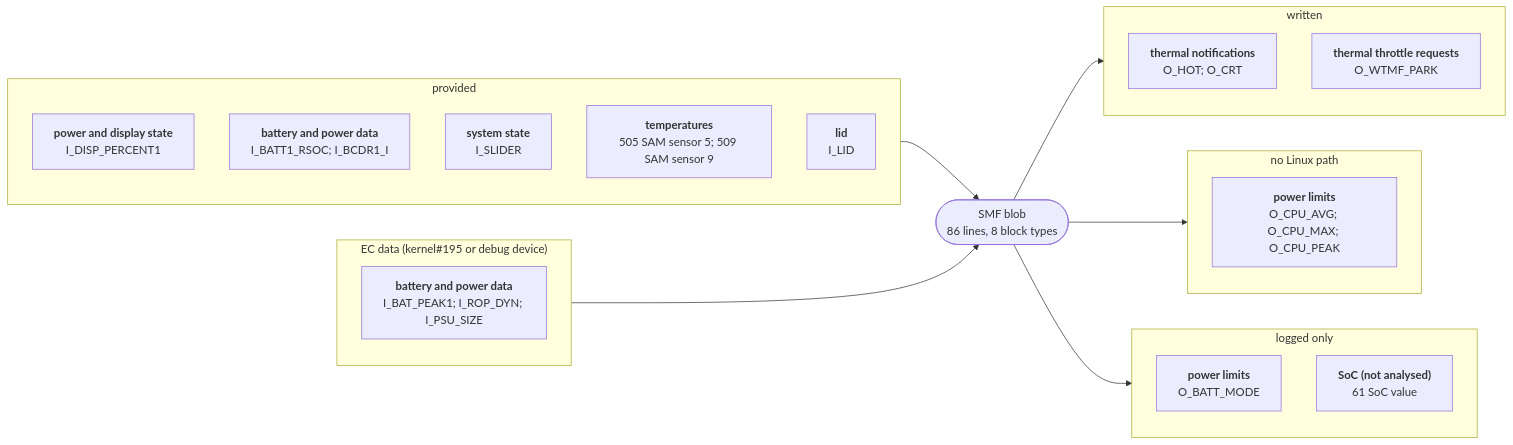
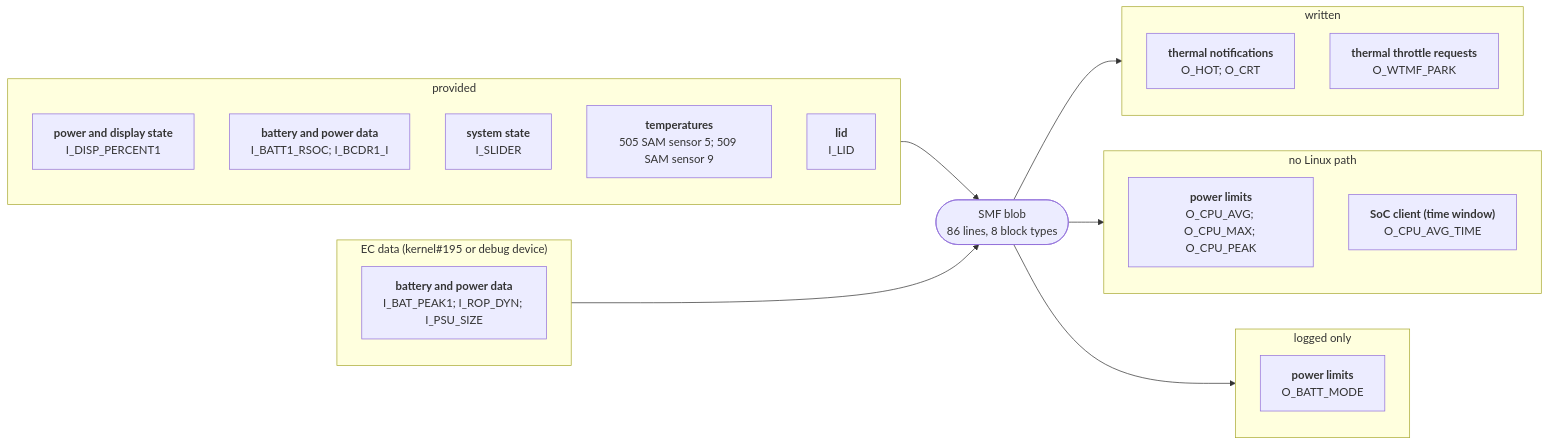
The diagram in docs/devices/surface-laptop-4-amd.md (larsschellhas/linux-surface-power), drawn with Mermaid before and after one commit. The commit also changed other lines of this file and 42 other files, not shown here.

First line of the commit message:
Remaining Pro 10 outputs: PL1 time window, sensor offset, two not needed

````diff
--- a/docs/devices/surface-laptop-4-amd.md
+++ b/docs/devices/surface-laptop-4-amd.md
@@ -20,30 +20,30 @@
 ```mermaid
 flowchart LR
     subgraph IN0["provided"]
         I0_1FB53D4C["<b>power and display state</b><br/>I_DISP_PERCENT1"]
         I0_28B7BD85["<b>battery and power data</b><br/>I_BATT1_RSOC; I_BCDR1_I"]
         I0_2DD6960F["<b>system state</b><br/>I_SLIDER"]
         I0_2E8B14C2["<b>temperatures</b><br/>505 SAM sensor 5; 509 SAM sensor 9"]
         I0_5D0EE597["<b>lid</b><br/>I_LID"]
     end
     IN0 --> B
     subgraph IN1["EC data (kernel#195 or debug device)"]
         I1_28B7BD85["<b>battery and power data</b><br/>I_BAT_PEAK1; I_ROP_DYN; I_PSU_SIZE"]
     end
     IN1 --> B
     B(["SMF blob<br/>86 lines, 8 block types"])
     subgraph OUT0["written"]
         O0_110DF2A4["<b>thermal notifications</b><br/>O_HOT; O_CRT"]
         O0_9BBB8910["<b>thermal throttle requests</b><br/>O_WTMF_PARK"]
     end
     B --> OUT0
     subgraph OUT1["no Linux path"]
         O1_0B7B5350["<b>power limits</b><br/>O_CPU_AVG; O_CPU_MAX; O_CPU_PEAK"]
+        O1_CF2F6076["<b>SoC client (time window)</b><br/>O_CPU_AVG_TIME"]
     end
     B --> OUT1
     subgraph OUT2["logged only"]
         O2_0B7B5350["<b>power limits</b><br/>O_BATT_MODE"]
-        O2_CF2F6076["<b>SoC (not analysed)</b><br/>61 SoC value"]
     end
     B --> OUT2
 ```
````
